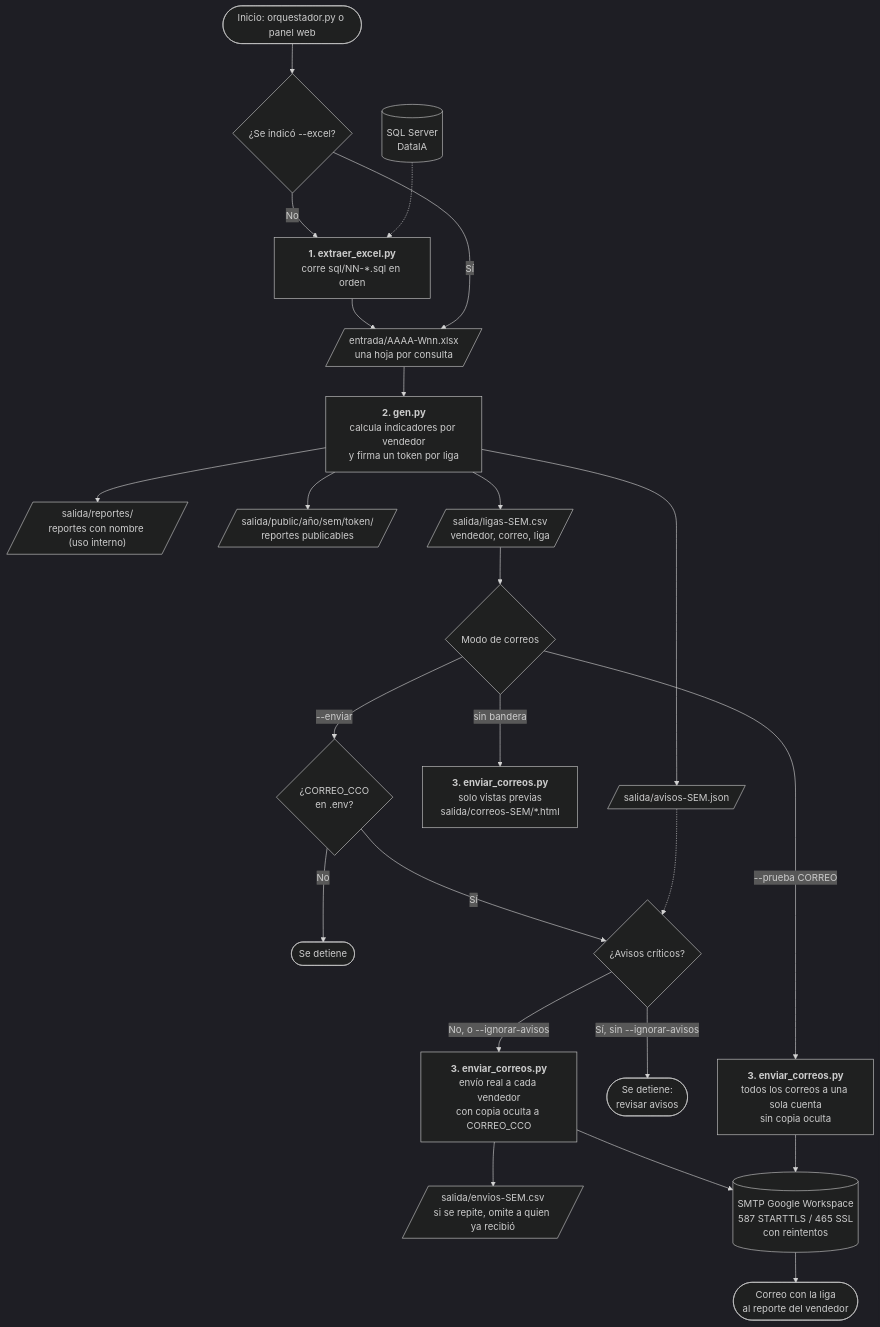
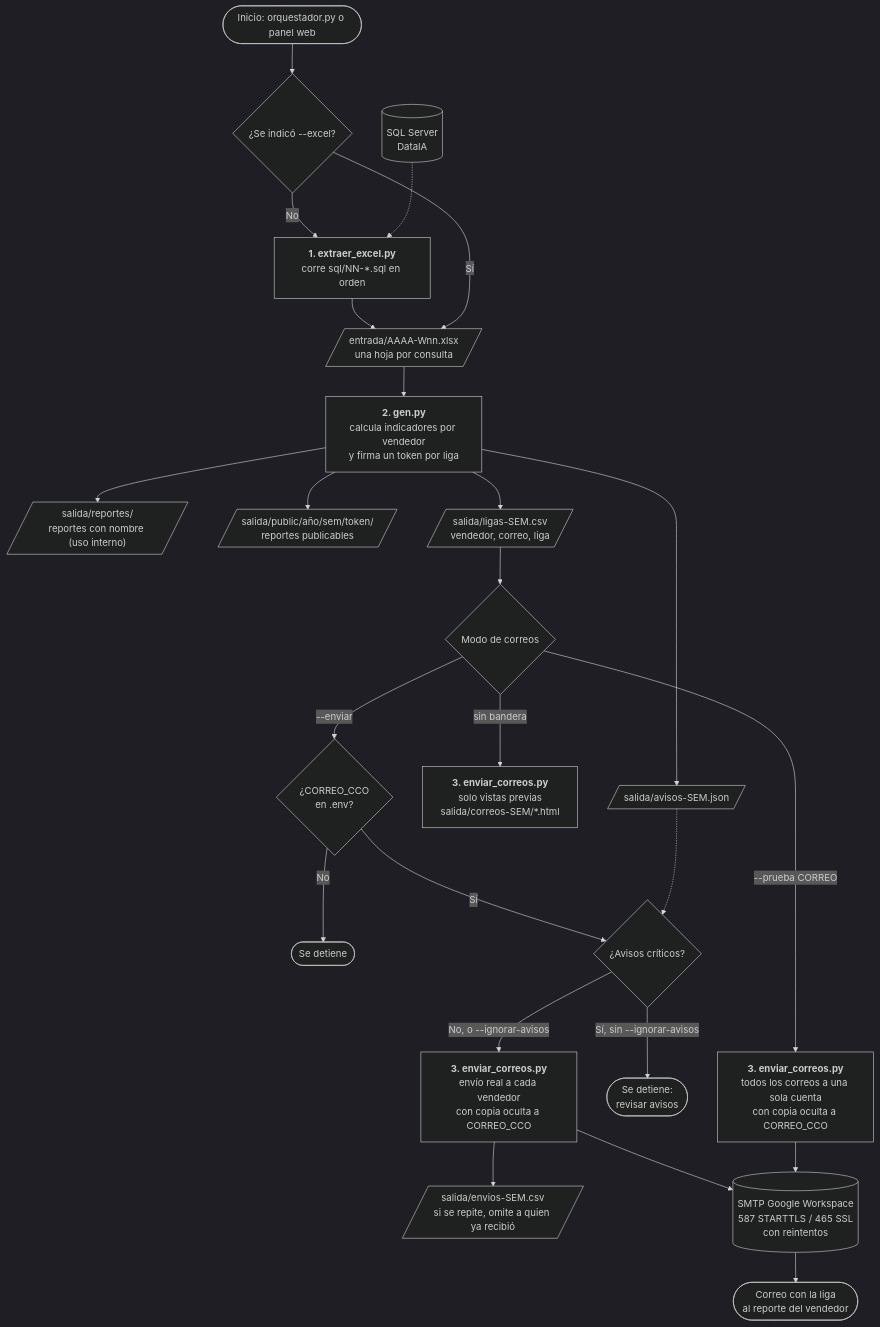
The first of 2 diagrams in docs/diagrama-flujo.md (tonovarela/creacion-reportes), drawn with Mermaid (dark theme) before and after one commit. The commit also changed 9 other files, not shown here.

````diff
--- a/docs/diagrama-flujo.md
+++ b/docs/diagrama-flujo.md
@@ -8,30 +8,30 @@
 ```mermaid
 flowchart TD
     inicio(["Inicio: orquestador.py o panel web"]) --> tieneExcel{"¿Se indicó --excel?"}
 
     tieneExcel -- No --> p1["<b>1. extraer_excel.py</b><br/>corre sql/NN-*.sql en orden"]
     sql[("SQL Server<br/>DataIA")] -.-> p1
     p1 --> xlsx[/"entrada/AAAA-Wnn.xlsx<br/>una hoja por consulta"/]
     tieneExcel -- Sí --> xlsx
 
     xlsx --> p2["<b>2. gen.py</b><br/>calcula indicadores por vendedor<br/>y firma un token por liga"]
     p2 --> internos[/"salida/reportes/<br/>reportes con nombre (uso interno)"/]
     p2 --> publicos[/"salida/public/año/sem/token/<br/>reportes publicables"/]
     p2 --> avisos[/"salida/avisos-SEM.json"/]
     p2 --> ligas[/"salida/ligas-SEM.csv<br/>vendedor, correo, liga"/]
 
     ligas --> modo{"Modo de correos"}
     modo -- "sin bandera" --> vista["<b>3. enviar_correos.py</b><br/>solo vistas previas<br/>salida/correos-SEM/*.html"]
-    modo -- "--prueba CORREO" --> prueba["<b>3. enviar_correos.py</b><br/>todos los correos a una sola cuenta<br/>sin copia oculta"]
+    modo -- "--prueba CORREO" --> prueba["<b>3. enviar_correos.py</b><br/>todos los correos a una sola cuenta<br/>con copia oculta a CORREO_CCO"]
     modo -- "--enviar" --> cco{"¿CORREO_CCO<br/>en .env?"}
     cco -- No --> alto1(["Se detiene"])
     cco -- Sí --> crit{"¿Avisos críticos?"}
     avisos -.-> crit
     crit -- "Sí, sin --ignorar-avisos" --> alto2(["Se detiene:<br/>revisar avisos"])
     crit -- "No, o --ignorar-avisos" --> real["<b>3. enviar_correos.py</b><br/>envío real a cada vendedor<br/>con copia oculta a CORREO_CCO"]
 
     real --> registro[/"salida/envios-SEM.csv<br/>si se repite, omite a quien ya recibió"/]
     real --> smtp[("SMTP Google Workspace<br/>587 STARTTLS / 465 SSL<br/>con reintentos")]
     prueba --> smtp
     smtp --> buzon(["Correo con la liga<br/>al reporte del vendedor"])
 ```
````
